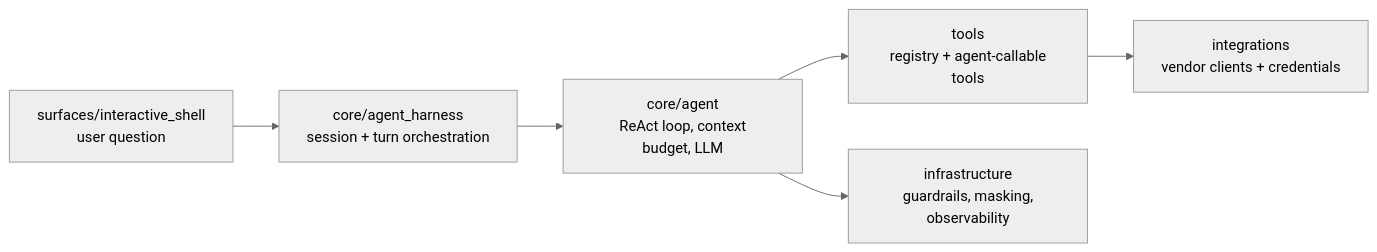
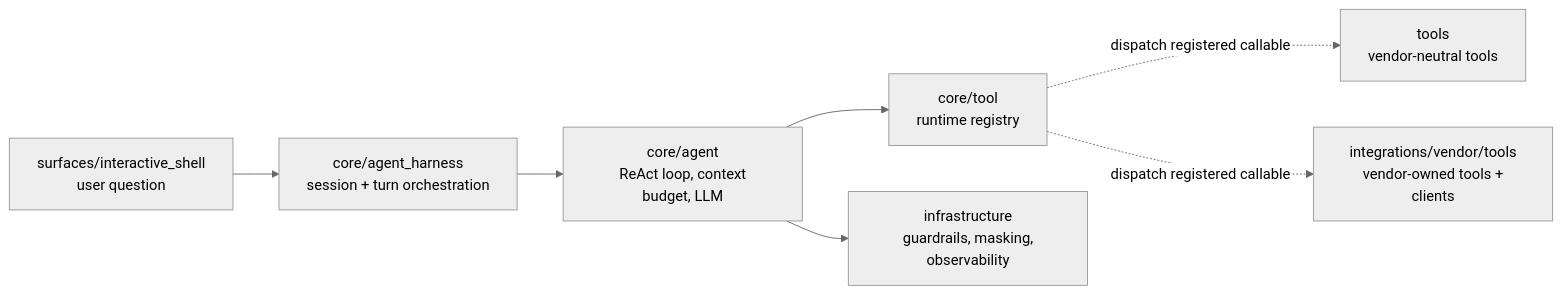
The second of 3 diagrams in docs/ARCHITECTURE.md (Devesh36/opensre), drawn with Mermaid (neutral theme) before and after one commit. The commit also changed other lines of this file and 19 other files, not shown here.

Commit message:
docs: align documentation with current runtime and integrations

````diff
--- a/docs/ARCHITECTURE.md
+++ b/docs/ARCHITECTURE.md
@@ -191,8 +188,9 @@
 ```mermaid
 flowchart LR
     A["surfaces/interactive_shell\n user question"] --> B["core/agent_harness\n session + turn orchestration"]
     B --> C["core/agent\n ReAct loop, context budget, LLM"]
-    C --> D["tools\n registry + agent-callable tools"]
-    D --> E["integrations\n vendor clients + credentials"]
-    C --> F["infrastructure\n guardrails, masking, observability"]
+    C --> D["core/tool\n runtime registry"]
+    D -. "dispatch registered callable" .-> E["tools\n vendor-neutral tools"]
+    D -. "dispatch registered callable" .-> F["integrations/vendor/tools\n vendor-owned tools + clients"]
+    C --> G["infrastructure\n guardrails, masking, observability"]
 ```
````
